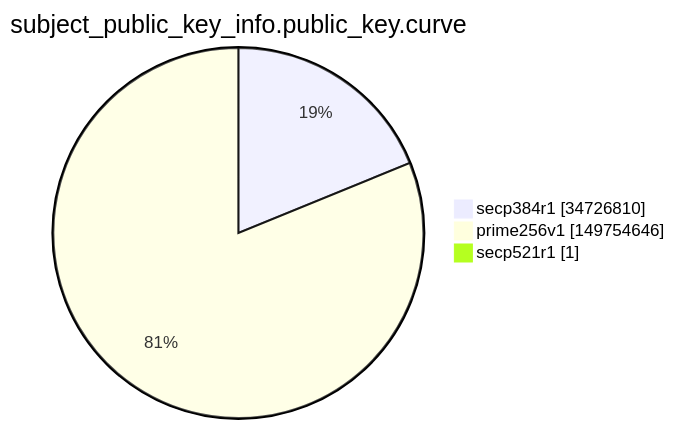
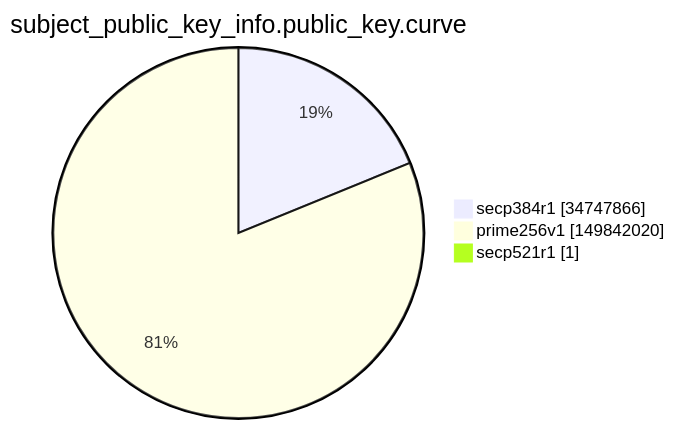
The ninth of 15 diagrams in argon2022/README.md (christiankrug/ctmonitor_visualization), drawn with Mermaid before and after one commit. The commit also changed other lines of this file, not shown here.

````diff
--- a/argon2022/README.md
+++ b/argon2022/README.md
@@ -2765,7 +2765,7 @@
 ```mermaid
 pie showData
 title subject_public_key_info.public_key.curve
-"secp384r1" :34726810
-"prime256v1" :149754646
+"secp384r1" :34747866
+"prime256v1" :149842020
 "secp521r1" :1
 ```
````
